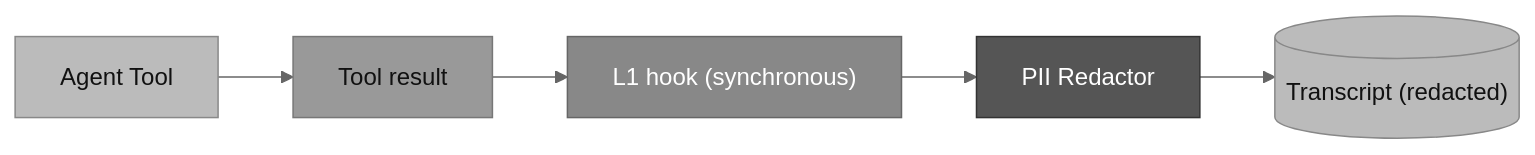
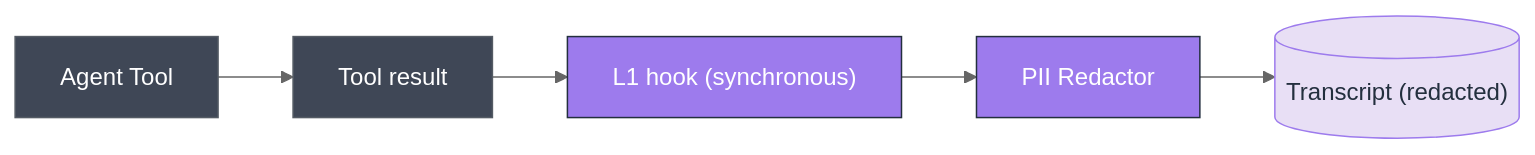
One commit to OpenObscure/OpenObscure changed the eighth of 14 diagrams in ARCHITECTURE.md. Above: the diagram before and after it, drawn with Mermaid (neutral theme). The commit also changed other lines of this file and 3 other files, not shown here.

First line of the commit message:
Apply consistent color palette across all mermaid diagrams

````diff
--- a/ARCHITECTURE.md
+++ b/ARCHITECTURE.md
@@ -298,14 +307,14 @@
 ```mermaid
 flowchart LR
     tool["Agent Tool"]
     tool --> result["Tool result"]
     result --> hook["L1 hook (synchronous)"]
     hook --> redact["PII Redactor"]
     redact --> persist[("Transcript (redacted)")]
 
-    style tool fill:#bbb,stroke:#888,color:#111
-    style result fill:#999,stroke:#777,color:#111
-    style hook fill:#888,stroke:#666,color:#fff
-    style redact fill:#555,stroke:#333,color:#fff
-    style persist fill:#bbb,stroke:#888,color:#111
+    style tool fill:#3F4756,stroke:#545b64,color:#fff
+    style result fill:#3F4756,stroke:#545b64,color:#fff
+    style hook fill:#9D7BED,stroke:#232F3E,color:#fff
+    style redact fill:#9D7BED,stroke:#232F3E,color:#fff
+    style persist fill:#e8dff5,stroke:#9D7BED,color:#232F3E
 ```
````
